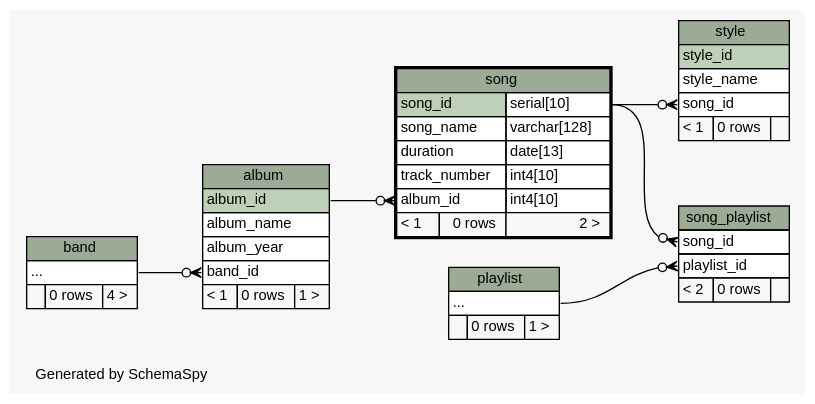
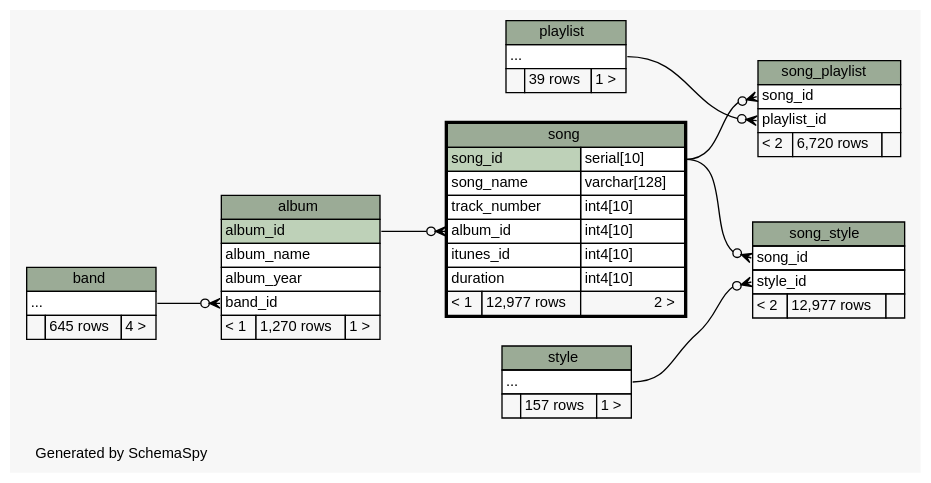
The diagram in database/see_djmusic/diagrams/song.2degrees.dot (biodavidjm/garbage-code), drawn with Graphviz before and after one commit. The commit also changed 155 other files, not shown here.

First line of the commit message:
New Schema View of the last djmusic version

```diff
--- a/database/see_djmusic/diagrams/song.2degrees.dot
+++ b/database/see_djmusic/diagrams/song.2degrees.dot
@@ -1,97 +1,108 @@
-// dot 2.38.0 on Mac OS X 10.9.3
+// dot 2.38.0 on Mac OS X 10.9.4
 // SchemaSpy rev 590
 digraph "twoDegreesRelationshipsDiagram" {
   graph [
     rankdir="RL"
     bgcolor="#f7f7f7"
     label="\nGenerated by SchemaSpy"
     labeljust="l"
     nodesep="0.18"
     ranksep="0.46"
     fontname="Helvetica"
     fontsize="11"
   ];
   node [
     fontname="Helvetica"
     fontsize="11"
     shape="plaintext"
   ];
   edge [
     arrowsize="0.8"
   ];
   "album":"band_id":w -> "band":"elipses":e [arrowhead=none dir=back arrowtail=crowodot];
   "song":"album_id":w -> "album":"album_id":e [arrowhead=none dir=back arrowtail=crowodot];
   "song_playlist":"playlist_id":w -> "playlist":"elipses":e [arrowhead=none dir=back arrowtail=crowodot];
   "song_playlist":"song_id":w -> "song":"song_id.type":e [arrowhead=none dir=back arrowtail=crowodot];
-  "style":"song_id":w -> "song":"song_id.type":e [arrowhead=none dir=back arrowtail=crowodot];
+  "song_style":"song_id":w -> "song":"song_id.type":e [arrowhead=none dir=back arrowtail=crowodot];
+  "song_style":"style_id":w -> "style":"elipses":e [arrowhead=none dir=back arrowtail=crowodot];
   "album" [
     label=<
     <TABLE BORDER="0" CELLBORDER="1" CELLSPACING="0" BGCOLOR="#ffffff">
       <TR><TD COLSPAN="3" BGCOLOR="#9bab96" ALIGN="CENTER">album</TD></TR>
       <TR><TD PORT="album_id" COLSPAN="3" BGCOLOR="#bed1b8" ALIGN="LEFT">album_id</TD></TR>
       <TR><TD PORT="album_name" COLSPAN="3" ALIGN="LEFT">album_name</TD></TR>
       <TR><TD PORT="album_year" COLSPAN="3" ALIGN="LEFT">album_year</TD></TR>
       <TR><TD PORT="band_id" COLSPAN="3" ALIGN="LEFT">band_id</TD></TR>
-      <TR><TD ALIGN="LEFT" BGCOLOR="#f7f7f7">&lt; 1</TD><TD ALIGN="RIGHT" BGCOLOR="#f7f7f7">0 rows</TD><TD ALIGN="RIGHT" BGCOLOR="#f7f7f7">1 &gt;</TD></TR>
+      <TR><TD ALIGN="LEFT" BGCOLOR="#f7f7f7">&lt; 1</TD><TD ALIGN="RIGHT" BGCOLOR="#f7f7f7">1,270 rows</TD><TD ALIGN="RIGHT" BGCOLOR="#f7f7f7">1 &gt;</TD></TR>
     </TABLE>>
     URL="album.html"
     tooltip="album"
   ];
   "band" [
     label=<
     <TABLE BORDER="0" CELLBORDER="1" CELLSPACING="0" BGCOLOR="#ffffff">
       <TR><TD COLSPAN="3" BGCOLOR="#9bab96" ALIGN="CENTER">band</TD></TR>
       <TR><TD PORT="elipses" COLSPAN="3" ALIGN="LEFT">...</TD></TR>
-      <TR><TD ALIGN="LEFT" BGCOLOR="#f7f7f7">  </TD><TD ALIGN="RIGHT" BGCOLOR="#f7f7f7">0 rows</TD><TD ALIGN="RIGHT" BGCOLOR="#f7f7f7">4 &gt;</TD></TR>
+      <TR><TD ALIGN="LEFT" BGCOLOR="#f7f7f7">  </TD><TD ALIGN="RIGHT" BGCOLOR="#f7f7f7">645 rows</TD><TD ALIGN="RIGHT" BGCOLOR="#f7f7f7">4 &gt;</TD></TR>
     </TABLE>>
     URL="band.html"
     tooltip="band"
   ];
   "playlist" [
     label=<
     <TABLE BORDER="0" CELLBORDER="1" CELLSPACING="0" BGCOLOR="#ffffff">
       <TR><TD COLSPAN="3" BGCOLOR="#9bab96" ALIGN="CENTER">playlist</TD></TR>
       <TR><TD PORT="elipses" COLSPAN="3" ALIGN="LEFT">...</TD></TR>
-      <TR><TD ALIGN="LEFT" BGCOLOR="#f7f7f7">  </TD><TD ALIGN="RIGHT" BGCOLOR="#f7f7f7">0 rows</TD><TD ALIGN="RIGHT" BGCOLOR="#f7f7f7">1 &gt;</TD></TR>
+      <TR><TD ALIGN="LEFT" BGCOLOR="#f7f7f7">  </TD><TD ALIGN="RIGHT" BGCOLOR="#f7f7f7">39 rows</TD><TD ALIGN="RIGHT" BGCOLOR="#f7f7f7">1 &gt;</TD></TR>
     </TABLE>>
     URL="playlist.html"
     tooltip="playlist"
   ];
   "song" [
     label=<
     <TABLE BORDER="2" CELLBORDER="1" CELLSPACING="0" BGCOLOR="#ffffff">
       <TR><TD COLSPAN="3" BGCOLOR="#9bab96" ALIGN="CENTER">song</TD></TR>
       <TR><TD PORT="song_id" COLSPAN="2" BGCOLOR="#bed1b8" ALIGN="LEFT">song_id</TD><TD PORT="song_id.type" ALIGN="LEFT">serial[10]</TD></TR>
       <TR><TD PORT="song_name" COLSPAN="2" ALIGN="LEFT">song_name</TD><TD PORT="song_name.type" ALIGN="LEFT">varchar[128]</TD></TR>
-      <TR><TD PORT="duration" COLSPAN="2" ALIGN="LEFT">duration</TD><TD PORT="duration.type" ALIGN="LEFT">date[13]</TD></TR>
       <TR><TD PORT="track_number" COLSPAN="2" ALIGN="LEFT">track_number</TD><TD PORT="track_number.type" ALIGN="LEFT">int4[10]</TD></TR>
       <TR><TD PORT="album_id" COLSPAN="2" ALIGN="LEFT">album_id</TD><TD PORT="album_id.type" ALIGN="LEFT">int4[10]</TD></TR>
-      <TR><TD ALIGN="LEFT" BGCOLOR="#f7f7f7">&lt; 1</TD><TD ALIGN="RIGHT" BGCOLOR="#f7f7f7">0 rows</TD><TD ALIGN="RIGHT" BGCOLOR="#f7f7f7">2 &gt;</TD></TR>
+      <TR><TD PORT="itunes_id" COLSPAN="2" ALIGN="LEFT">itunes_id</TD><TD PORT="itunes_id.type" ALIGN="LEFT">int4[10]</TD></TR>
+      <TR><TD PORT="duration" COLSPAN="2" ALIGN="LEFT">duration</TD><TD PORT="duration.type" ALIGN="LEFT">int4[10]</TD></TR>
+      <TR><TD ALIGN="LEFT" BGCOLOR="#f7f7f7">&lt; 1</TD><TD ALIGN="RIGHT" BGCOLOR="#f7f7f7">12,977 rows</TD><TD ALIGN="RIGHT" BGCOLOR="#f7f7f7">2 &gt;</TD></TR>
     </TABLE>>
     URL="song.html"
     tooltip="song"
   ];
   "song_playlist" [
     label=<
     <TABLE BORDER="0" CELLBORDER="1" CELLSPACING="0" BGCOLOR="#ffffff">
       <TR><TD COLSPAN="3" BGCOLOR="#9bab96" ALIGN="CENTER">song_playlist</TD></TR>
       <TR><TD PORT="song_id" COLSPAN="3" ALIGN="LEFT">song_id</TD></TR>
       <TR><TD PORT="playlist_id" COLSPAN="3" ALIGN="LEFT">playlist_id</TD></TR>
-      <TR><TD ALIGN="LEFT" BGCOLOR="#f7f7f7">&lt; 2</TD><TD ALIGN="RIGHT" BGCOLOR="#f7f7f7">0 rows</TD><TD ALIGN="RIGHT" BGCOLOR="#f7f7f7">  </TD></TR>
+      <TR><TD ALIGN="LEFT" BGCOLOR="#f7f7f7">&lt; 2</TD><TD ALIGN="RIGHT" BGCOLOR="#f7f7f7">6,720 rows</TD><TD ALIGN="RIGHT" BGCOLOR="#f7f7f7">  </TD></TR>
     </TABLE>>
     URL="song_playlist.html"
     tooltip="song_playlist"
+  ];
+  "song_style" [
+    label=<
+    <TABLE BORDER="0" CELLBORDER="1" CELLSPACING="0" BGCOLOR="#ffffff">
+      <TR><TD COLSPAN="3" BGCOLOR="#9bab96" ALIGN="CENTER">song_style</TD></TR>
+      <TR><TD PORT="song_id" COLSPAN="3" ALIGN="LEFT">song_id</TD></TR>
+      <TR><TD PORT="style_id" COLSPAN="3" ALIGN="LEFT">style_id</TD></TR>
+      <TR><TD ALIGN="LEFT" BGCOLOR="#f7f7f7">&lt; 2</TD><TD ALIGN="RIGHT" BGCOLOR="#f7f7f7">12,977 rows</TD><TD ALIGN="RIGHT" BGCOLOR="#f7f7f7">  </TD></TR>
+    </TABLE>>
+    URL="song_style.html"
+    tooltip="song_style"
   ];
   "style" [
     label=<
     <TABLE BORDER="0" CELLBORDER="1" CELLSPACING="0" BGCOLOR="#ffffff">
       <TR><TD COLSPAN="3" BGCOLOR="#9bab96" ALIGN="CENTER">style</TD></TR>
-      <TR><TD PORT="style_id" COLSPAN="3" BGCOLOR="#bed1b8" ALIGN="LEFT">style_id</TD></TR>
-      <TR><TD PORT="style_name" COLSPAN="3" ALIGN="LEFT">style_name</TD></TR>
-      <TR><TD PORT="song_id" COLSPAN="3" ALIGN="LEFT">song_id</TD></TR>
-      <TR><TD ALIGN="LEFT" BGCOLOR="#f7f7f7">&lt; 1</TD><TD ALIGN="RIGHT" BGCOLOR="#f7f7f7">0 rows</TD><TD ALIGN="RIGHT" BGCOLOR="#f7f7f7">  </TD></TR>
+      <TR><TD PORT="elipses" COLSPAN="3" ALIGN="LEFT">...</TD></TR>
+      <TR><TD ALIGN="LEFT" BGCOLOR="#f7f7f7">  </TD><TD ALIGN="RIGHT" BGCOLOR="#f7f7f7">157 rows</TD><TD ALIGN="RIGHT" BGCOLOR="#f7f7f7">1 &gt;</TD></TR>
     </TABLE>>
     URL="style.html"
     tooltip="style"
   ];
 }
```
